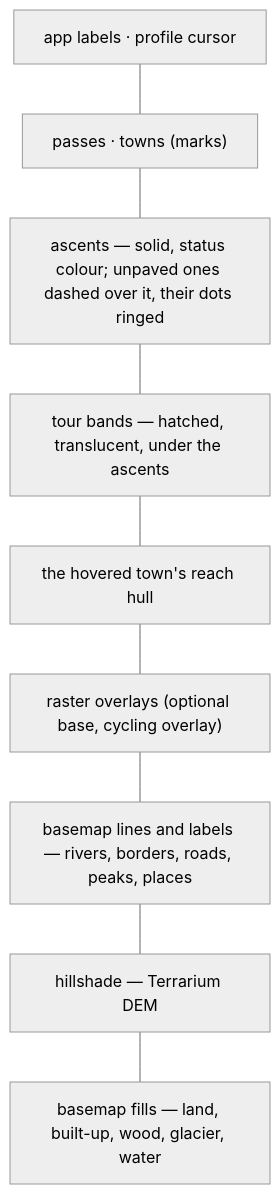
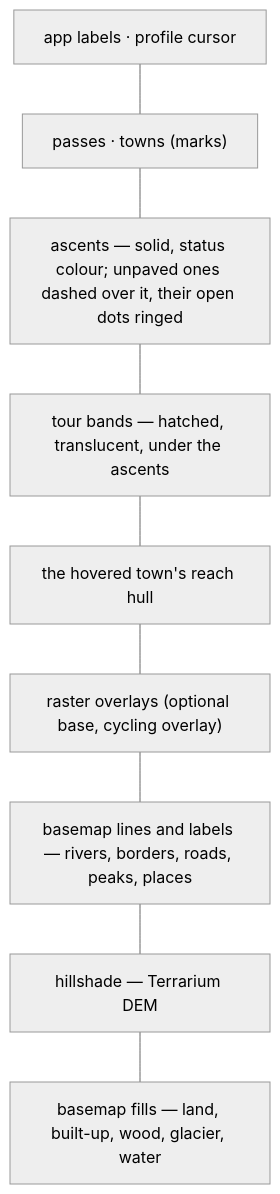
One commit to mdugue/alpen changed the first of 4 diagrams in docs/map-rendering.md. Above: the diagram before and after it, drawn with Mermaid (neutral theme). The commit also changed 18 other files, not shown here.

````diff
--- a/docs/map-rendering.md
+++ b/docs/map-rendering.md
@@ -168,13 +168,13 @@
 ```mermaid
 flowchart TB
   L9["app labels · profile cursor"]
   L8["passes · towns (marks)"]
-  L7["ascents — solid, status colour; unpaved ones dashed over it, their dots ringed"]
+  L7["ascents — solid, status colour; unpaved ones dashed over it, their open dots ringed"]
   L6["tour bands — hatched, translucent, under the ascents"]
   L5["the hovered town's reach hull"]
   L4["raster overlays (optional base, cycling overlay)"]
   L3["basemap lines and labels — rivers, borders, roads, peaks, places"]
   L2["hillshade — Terrarium DEM"]
   L1["basemap fills — land, built-up, wood, glacier, water"]
   L9 --- L8 --- L7 --- L6 --- L5 --- L4 --- L3 --- L2 --- L1
 ```
````
